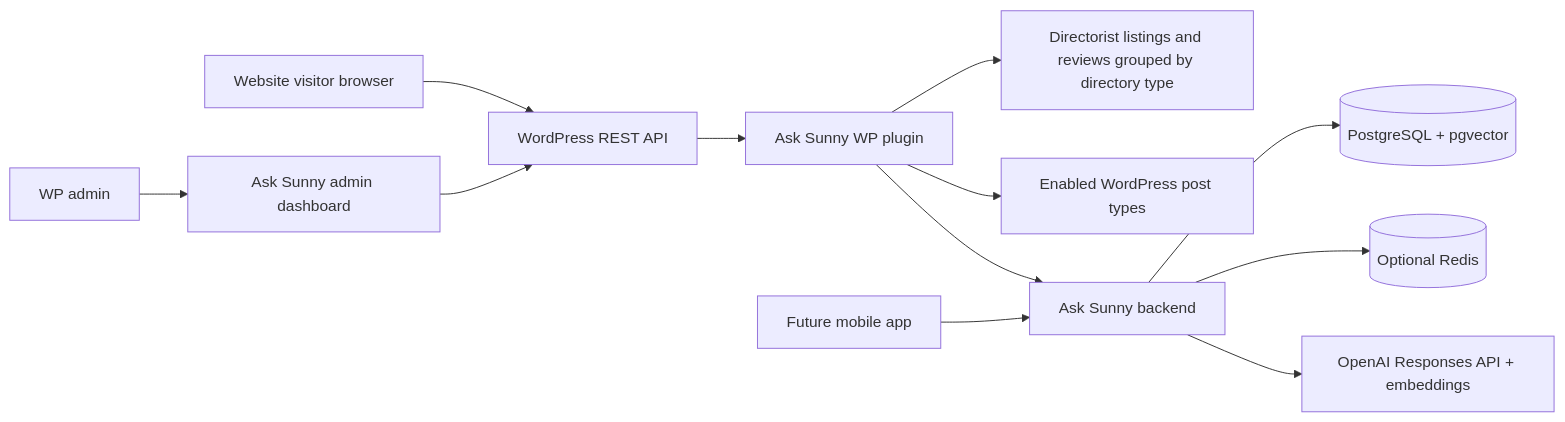
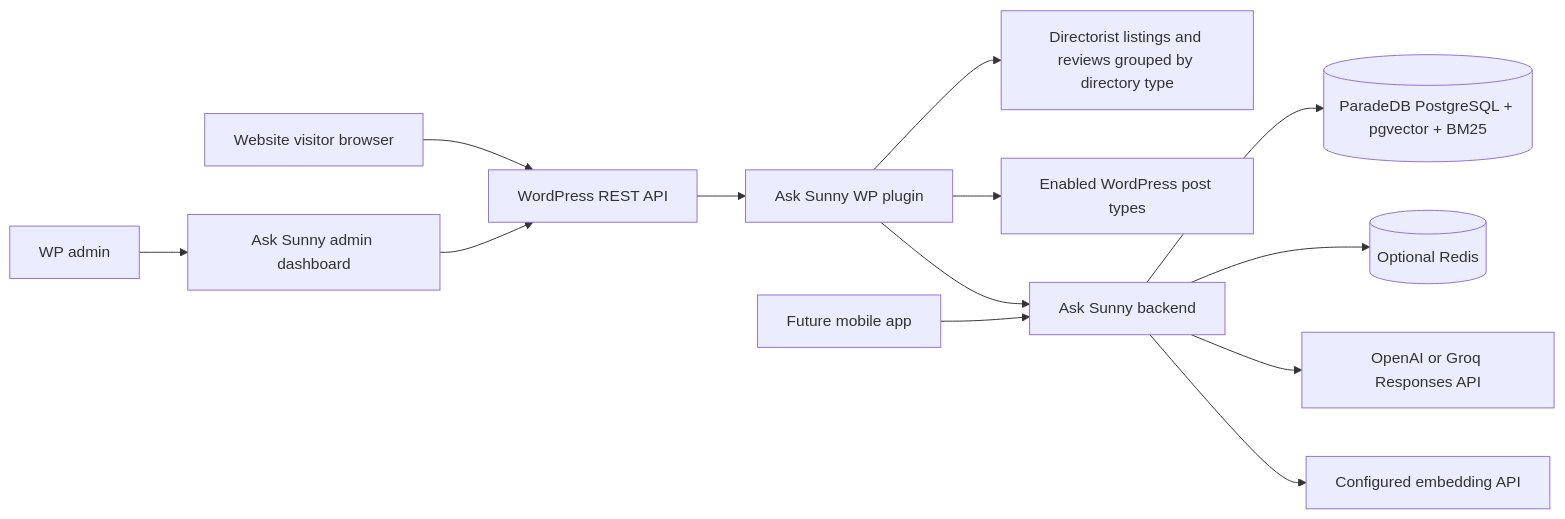
The diagram in README.md (sovware/ask-sunny-docs), drawn with Mermaid before and after one commit. The commit also changed other lines of this file and 14 other files, not shown here.

````diff
--- a/README.md
+++ b/README.md
@@ -78,14 +88,15 @@
 ```mermaid
 flowchart LR
   Browser[Website visitor browser] --> WPRest[WordPress REST API]
   Admin[WP admin] --> WPAdmin[Ask Sunny admin dashboard]
   WPAdmin --> WPRest
   WPRest --> WPPlugin[Ask Sunny WP plugin]
   WPPlugin --> Directorist[Directorist listings and reviews grouped by directory type]
   WPPlugin --> WPPosts[Enabled WordPress post types]
   WPPlugin --> Server[Ask Sunny backend]
   Mobile[Future mobile app] --> Server
-  Server --> PG[(PostgreSQL + pgvector)]
+  Server --> PG[(ParadeDB PostgreSQL + pgvector + BM25)]
   Server --> Redis[(Optional Redis)]
-  Server --> OpenAI[OpenAI Responses API + embeddings]
+  Server --> Provider[OpenAI or Groq Responses API]
+  Server --> Embeddings[Configured embedding API]
 ```
````
